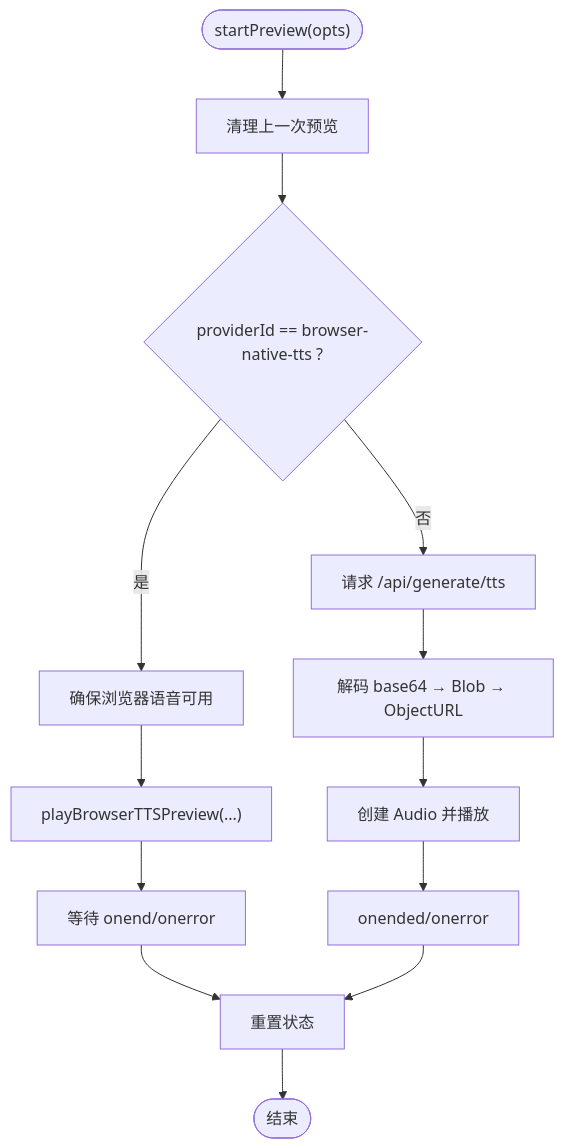
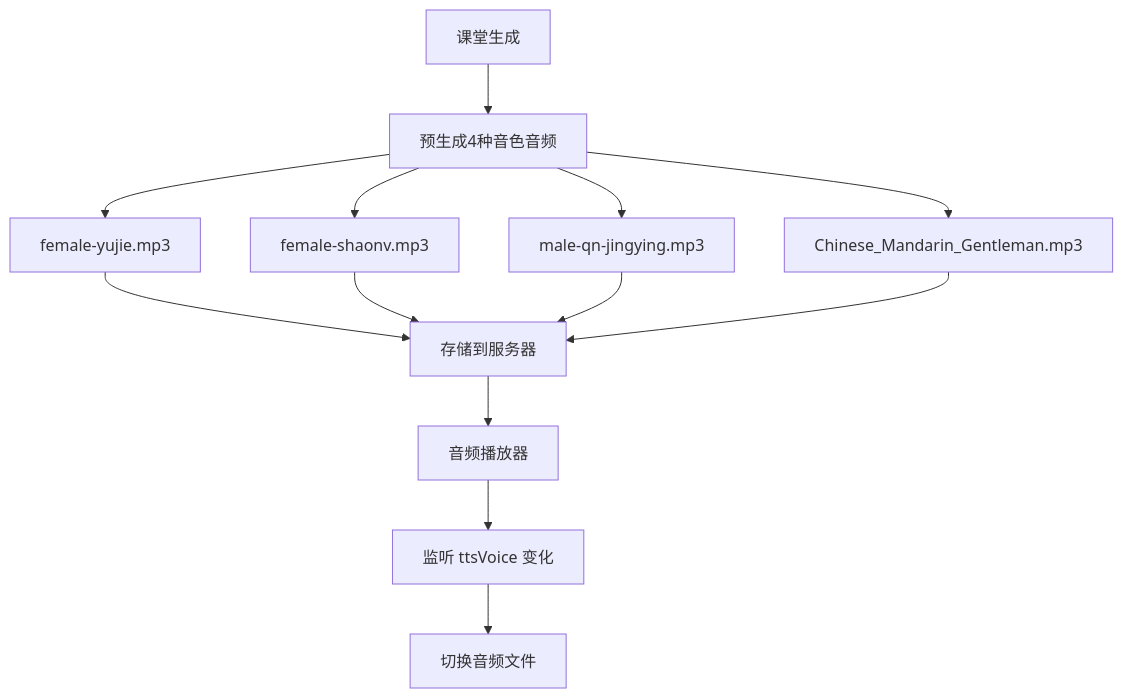
One commit to huangboheng/OpenMAIC changed the seventh of 8 diagrams in .qoder/repowiki/zh/content/UI 组件系统/课堂播放组件/导师语音切换器组件.md. Above: the diagram before and after it, drawn with Mermaid. The commit also changed other lines of this file and 9 other files, not shown here.

````diff
--- a/.qoder/repowiki/zh/content/UI 组件系统/课堂播放组件/导师语音切换器组件.md
+++ b/.qoder/repowiki/zh/content/UI 组件系统/课堂播放组件/导师语音切换器组件.md
@@ -597,15 +352,15 @@
 ```mermaid
 flowchart TD
-Start(["startPreview(opts)"]) --> Cleanup["清理上一次预览"]
-Cleanup --> Mode{"providerId == browser-native-tts ?"}
-Mode --> |是| Browser["确保浏览器语音可用"]
-Browser --> PlayBrowser["playBrowserTTSPreview(...)"]
-PlayBrowser --> WaitEnd["等待 onend/onerror"]
-WaitEnd --> Reset["重置状态"]
-Mode --> |否| API["请求 /api/generate/tts"]
-API --> Decode["解码 base64 → Blob → ObjectURL"]
-Decode --> PlayAudio["创建 Audio 并播放"]
-PlayAudio --> OnEnd["onended/onerror"]
-OnEnd --> Reset
-Reset --> End(["结束"])
+ClassroomGen["课堂生成"] --> PreGenerate["预生成4种音色音频"]
+PreGenerate --> Voice1["female-yujie.mp3"]
+PreGenerate --> Voice2["female-shaonv.mp3"]
+PreGenerate --> Voice3["male-qn-jingying.mp3"]
+PreGenerate --> Voice4["Chinese_Mandarin_Gentleman.mp3"]
+Voice1 --> Store["存储到服务器"]
+Voice2 --> Store
+Voice3 --> Store
+Voice4 --> Store
+Store --> Player["音频播放器"]
+Player --> Listen["监听 ttsVoice 变化"]
+Listen --> Switch["切换音频文件"]
 ```
````
